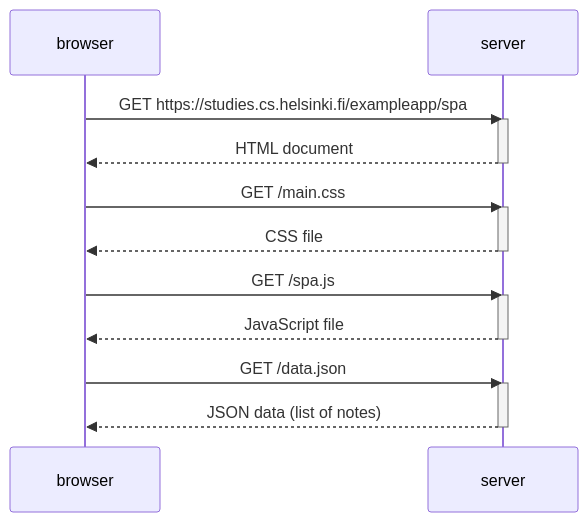
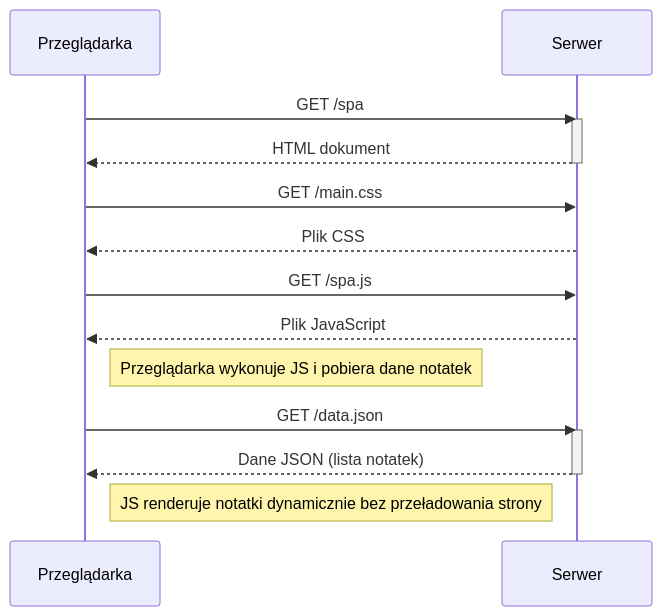
Before and after one commit to 77qd/FullStack: the diagram in part0/zad0.5.mmd, drawn with Mermaid. The commit also changed 2 other files, not shown here.

```diff
--- a/part0/zad0.5.mmd
+++ b/part0/zad0.5.mmd
@@ -1,23 +1,23 @@
 sequenceDiagram
-    participant browser
-    participant server
+    participant Przeglądarka
+    participant Serwer
 
-    browser->>server: GET https://studies.cs.helsinki.fi/exampleapp/spa
-    activate server
-    server-->>browser: HTML document
-    deactivate server
+    Przeglądarka->>Serwer: GET /spa
+    activate Serwer
+    Serwer-->>Przeglądarka: HTML dokument
+    deactivate Serwer
 
-    browser->>server: GET /main.css
-    activate server
-    server-->>browser: CSS file
-    deactivate server
+    Przeglądarka->>Serwer: GET /main.css
+    Serwer-->>Przeglądarka: Plik CSS
 
-    browser->>server: GET /spa.js
-    activate server
-    server-->>browser: JavaScript file
-    deactivate server
+    Przeglądarka->>Serwer: GET /spa.js
+    Serwer-->>Przeglądarka: Plik JavaScript
 
-    browser->>server: GET /data.json
-    activate server
-    server-->>browser: JSON data (list of notes)
-    deactivate server
+    Note right of Przeglądarka: Przeglądarka wykonuje JS i pobiera dane notatek
+
+    Przeglądarka->>Serwer: GET /data.json
+    activate Serwer
+    Serwer-->>Przeglądarka: Dane JSON (lista notatek)
+    deactivate Serwer
+
+    Note right of Przeglądarka: JS renderuje notatki dynamicznie bez przeładowania strony
```
